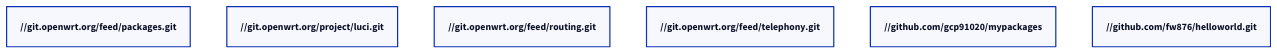
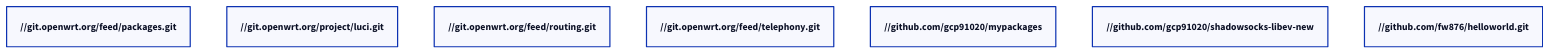
Before and after one commit to gcp91020/myRouters: the diagram in feeds.conf.d2, drawn with D2.

Commit message:
Update feeds.conf.d2
shadowsocks-libev

```diff
--- a/feeds.conf.d2
+++ b/feeds.conf.d2
@@ -1,14 +1,15 @@
 src-git packages https://git.openwrt.org/feed/packages.git
 src-git luci https://git.openwrt.org/project/luci.git
 src-git routing https://git.openwrt.org/feed/routing.git
 src-git telephony https://git.openwrt.org/feed/telephony.git
 src-git mypackage https://github.com/gcp91020/mypackages
+src-git shadowsocks-libev https://github.com/gcp91020/shadowsocks-libev-new
 src-git helloworld https://github.com/fw876/helloworld.git
 
 
 #src-git helloworld https://github.com/gcp91020/helloworld
 #src-git helloworld https://github.com/fw876/helloworld
 #src-git video https://github.com/openwrt/video.git
 #src-git targets https://github.com/openwrt/targets.git
 #src-git oldpackages http://git.openwrt.org/packages.git
 #src-link custom /usr/src/openwrt/custom-feed
```
